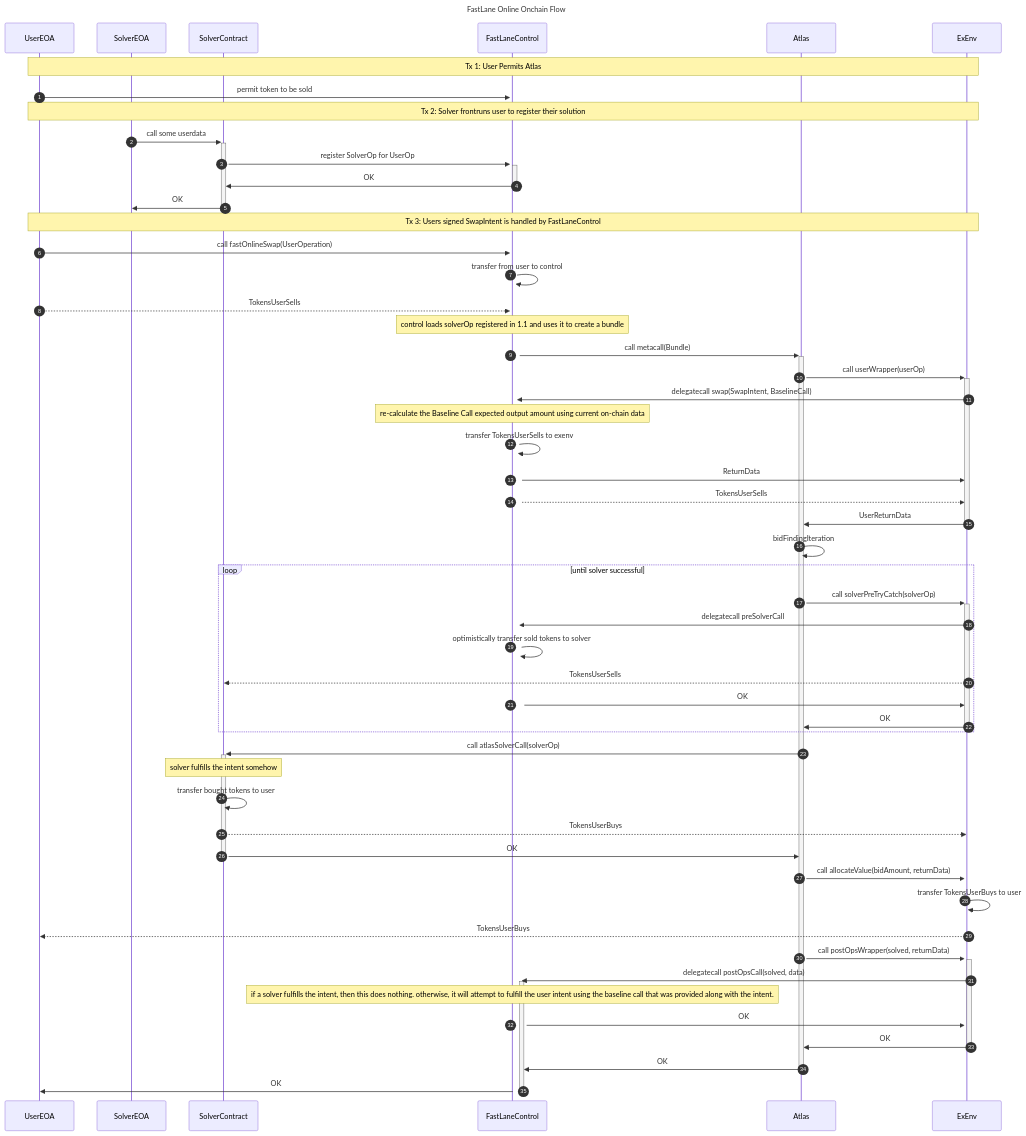
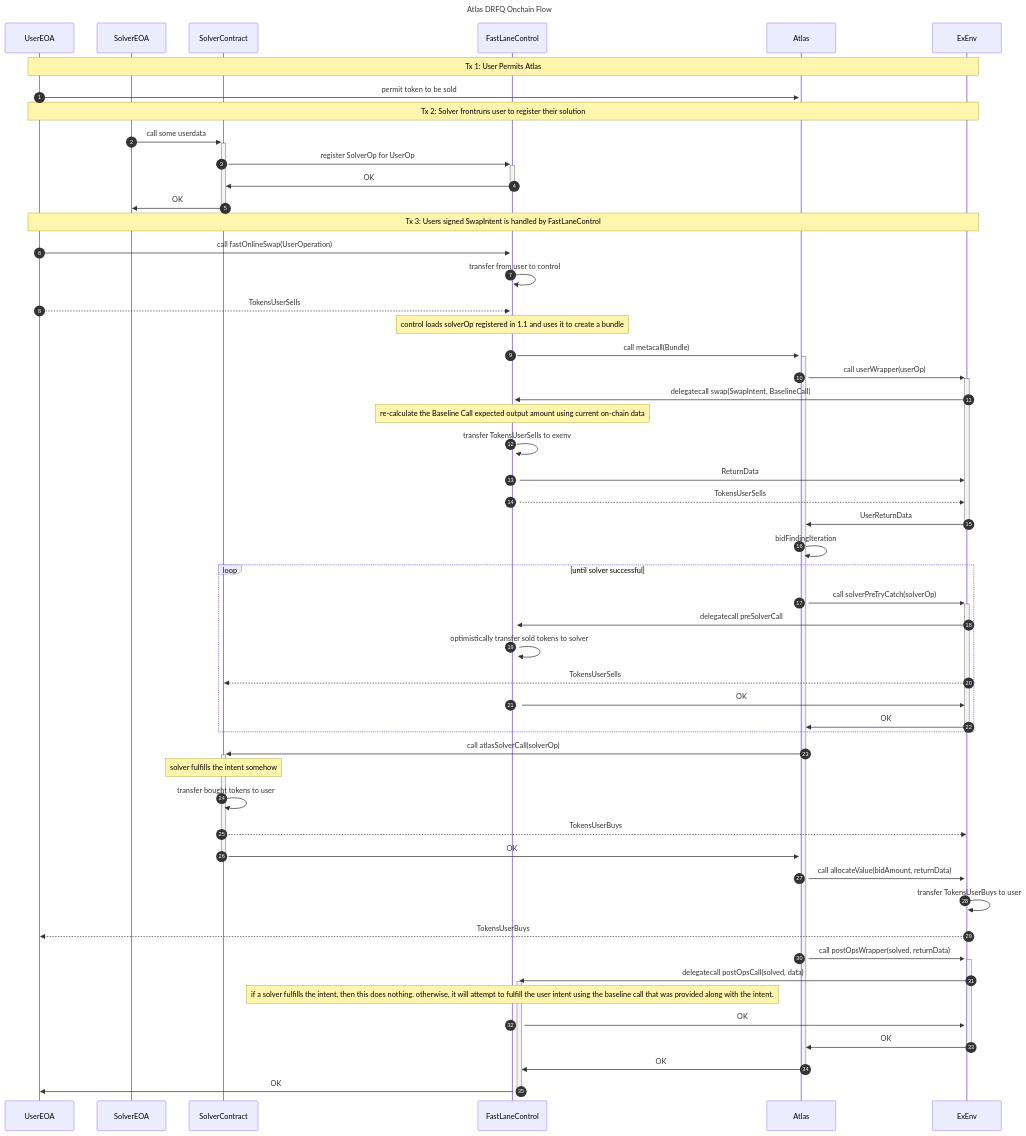
One commit to FastLane-Labs/shMonad-frontend changed the second of 6 diagrams in docs/overview.md. Above: the diagram before and after it, drawn with Mermaid. The commit also changed other lines of this file, not shown here.

````diff
--- a/docs/overview.md
+++ b/docs/overview.md
@@ -79,75 +79,75 @@
 ```mermaid
 sequenceDiagram
-    title FastLane Online Onchain Flow
+    title Atlas DRFQ Onchain Flow
 
     participant UserEOA
     participant SolverEOA
     participant SolverContract
     participant FastLaneControl
     participant Atlas
     participant ExEnv
 
     Note over UserEOA,ExEnv: Tx 1: User Permits Atlas
 
     autonumber
-    UserEOA->>+FastLaneControl: permit token to be sold
+    UserEOA->>+Atlas: permit token to be sold
 
     Note over UserEOA,ExEnv: Tx 2: Solver frontruns user to register their solution
     autonumber
     SolverEOA->>+SolverContract: call some userdata
     SolverContract->>+FastLaneControl: register SolverOp for UserOp
     FastLaneControl->>-SolverContract: OK
     SolverContract->>-SolverEOA: OK
 
     Note over UserEOA,ExEnv: Tx 3: Users signed SwapIntent is handled by FastLaneControl
     autonumber
     UserEOA->>+FastLaneControl: call fastOnlineSwap(UserOperation)
     FastLaneControl->>FastLaneControl: transfer from user to control
     UserEOA-->>FastLaneControl: TokensUserSells
 
     Note over FastLaneControl: control loads solverOp registered in 1.1 and uses it to create a bundle
 
     FastLaneControl->>+Atlas: call metacall(Bundle)
     Atlas->>+ExEnv: call userWrapper(userOp)
     ExEnv->>+FastLaneControl: delegatecall swap(SwapIntent, BaselineCall)
 
     Note over FastLaneControl: re-calculate the Baseline Call expected output amount using current on-chain data
 
     FastLaneControl->>FastLaneControl: transfer TokensUserSells to exenv
     FastLaneControl->>ExEnv: ReturnData
     FastLaneControl-->>ExEnv: TokensUserSells
 
     ExEnv->>-Atlas: UserReturnData
     Atlas->>Atlas: bidFindingIteration
 
     loop until solver successful
         Atlas->>+ExEnv: call solverPreTryCatch(solverOp)
         ExEnv->>+FastLaneControl: delegatecall preSolverCall
         FastLaneControl->>FastLaneControl: optimistically transfer sold tokens to solver
         ExEnv-->>SolverContract: TokensUserSells
         FastLaneControl->>ExEnv: OK
         ExEnv->>-Atlas: OK
     end
 
     Atlas->>+SolverContract: call atlasSolverCall(solverOp)
 
     Note over SolverContract: solver fulfills the intent somehow
 
     SolverContract->>SolverContract: transfer bought tokens to user
     SolverContract-->>ExEnv: TokensUserBuys
     SolverContract->>-Atlas: OK
 
     Atlas->>+ExEnv: call allocateValue(bidAmount, returnData)
     ExEnv->>ExEnv: transfer TokensUserBuys to user
     ExEnv-->>UserEOA: TokensUserBuys
 
     Atlas->>+ExEnv: call postOpsWrapper(solved, returnData)
     ExEnv->>+FastLaneControl: delegatecall postOpsCall(solved, data)
 
     Note over FastLaneControl: if a solver fulfills the intent, then this does nothing. otherwise, it will attempt to fulfill the user intent using the baseline call that was provided along with the intent.
 
     FastLaneControl->>ExEnv: OK
     ExEnv->>-Atlas: OK
     Atlas->>-FastLaneControl: OK
     FastLaneControl->>-UserEOA: OK
 ```
````
